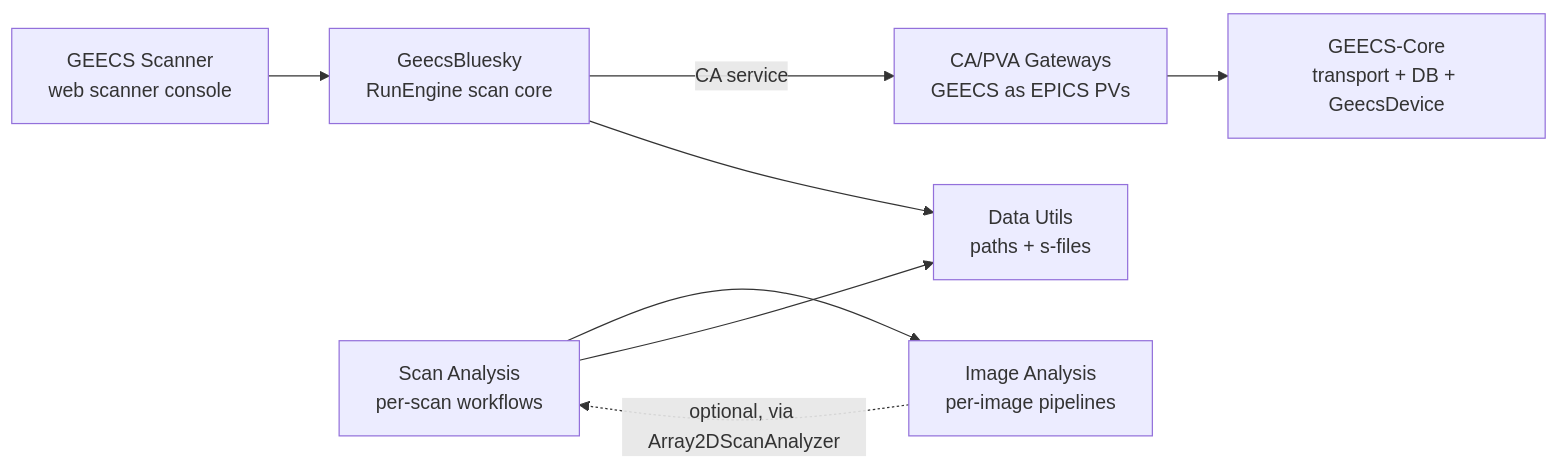
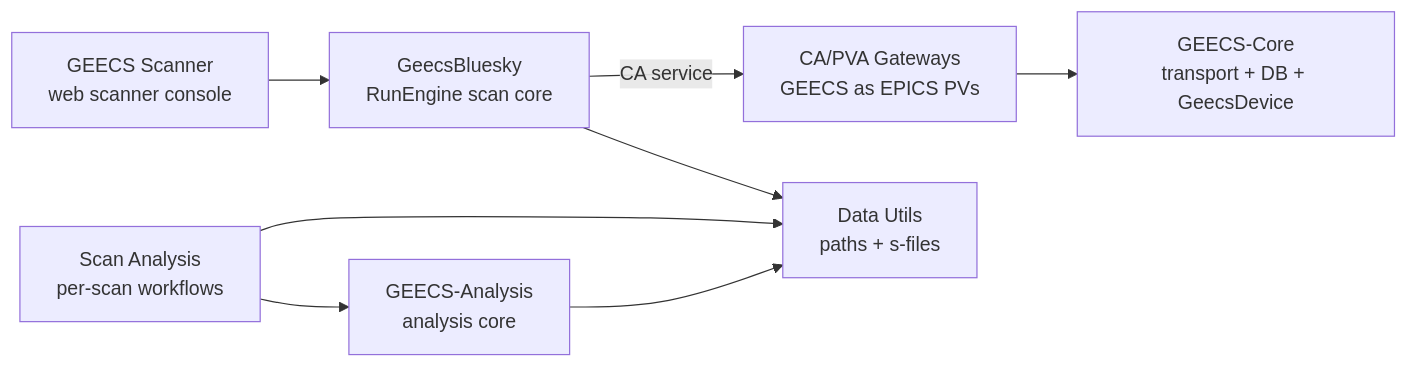
Before and after one commit to GEECS-BELLA/GEECS-Plugins: the diagram in docs/index.md, drawn with Mermaid. The commit also changed other lines of this file and 200 other files, not shown here.

First line of the commit message:
ImageAnalysis: delete the package; vendor services move to ScanAnalysis (#1039)

````diff
--- a/docs/index.md
+++ b/docs/index.md
@@ -71,18 +70,18 @@
 ```mermaid
 flowchart LR
     Scanner[GEECS Scanner<br/>web scanner console]
     Engine[GeecsBluesky<br/>RunEngine scan core]
     Core[GEECS-Core<br/>transport + DB + GeecsDevice]
     GW[CA/PVA Gateways<br/>GEECS as EPICS PVs]
     SA[Scan Analysis<br/>per-scan workflows]
-    IA[Image Analysis<br/>per-image pipelines]
+    AC[GEECS-Analysis<br/>analysis core]
     DU[Data Utils<br/>paths + s-files]
 
     Scanner --> Engine
     Engine -->|CA service| GW
     GW --> Core
     Engine --> DU
-    SA --> IA
+    SA --> AC
     SA --> DU
-    IA -.->|optional, via Array2DScanAnalyzer| SA
+    AC --> DU
 ```
````
